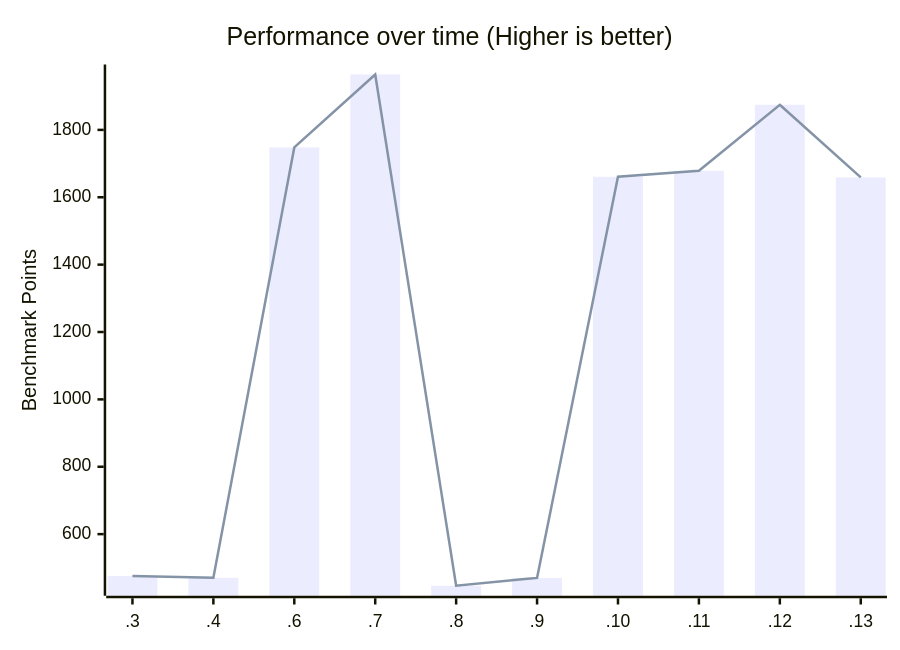
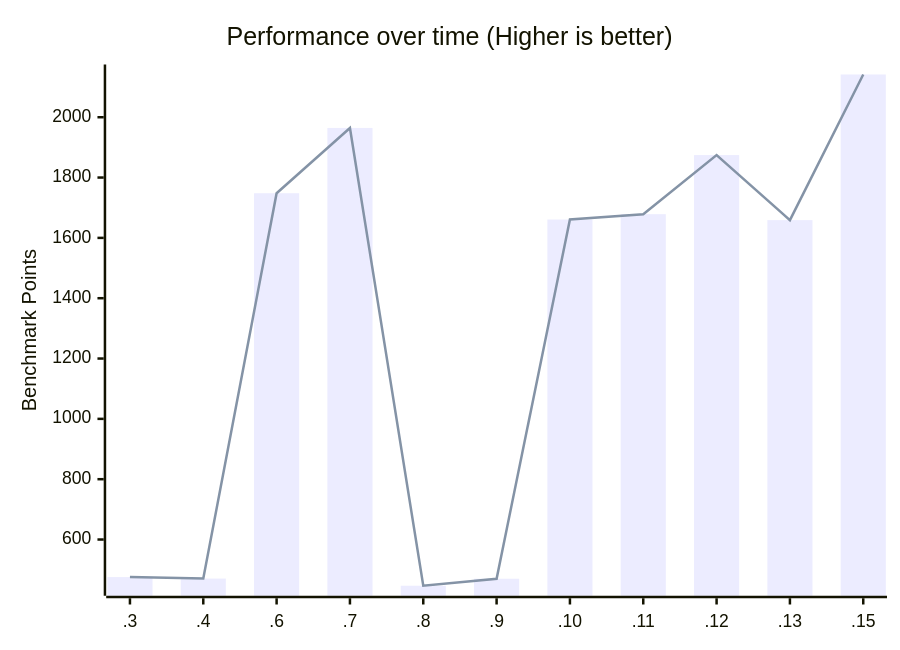
Before and after one commit to zen-browser/desktop: the second of 2 diagrams in docs/performance.md, drawn with Mermaid. The commit also changed other lines of this file and 1 other file, not shown here.

Commit message:
chore: Update Zen browser components submodule commit reference

````diff
--- a/docs/performance.md
+++ b/docs/performance.md
@@ -57,8 +58,8 @@
 ```mermaid
 xychart-beta
     title "Performance over time (Higher is better)"
-    x-axis [.3, .4, .6, .7, .8, .9, .10, .11, .12, .13]
+    x-axis [.3, .4, .6, .7, .8, .9, .10, .11, .12, .13, .15]
     y-axis "Benchmark Points"
-    bar [475.52, 470.49, 1747.98, 1964.43, 446.74, 470, 1660.89, 1678.49, 1874.49, 1658.87 ]
-    line [475.52, 470.49, 1747.98, 1964.43, 446.74, 470, 1660.89, 1678.49, 1874.49, 1658.87 ]
+    bar [475.52, 470.49, 1747.98, 1964.43, 446.74, 470, 1660.89, 1678.49, 1874.49, 1658.87, 2141.63]
+    line [475.52, 470.49, 1747.98, 1964.43, 446.74, 470, 1660.89, 1678.49, 1874.49, 1658.87, 2141.63]
 ```
````
